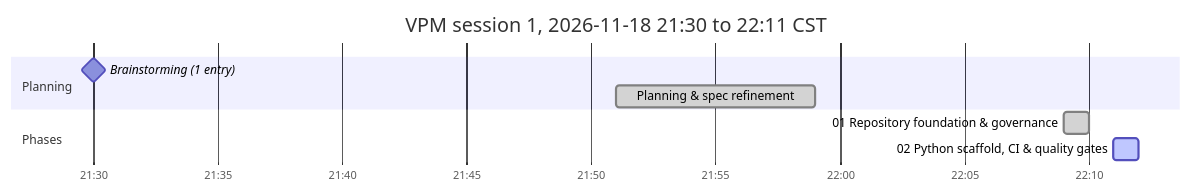
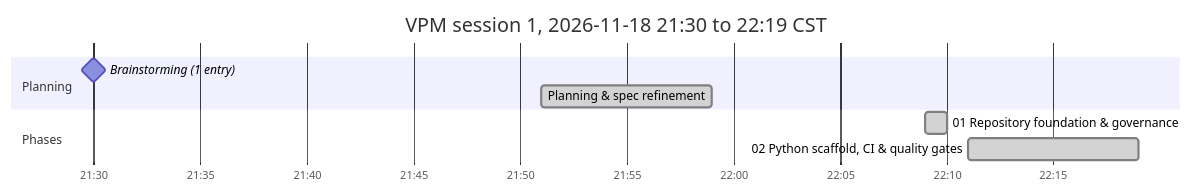
One commit to antonizick/VPNMonitor changed the diagram in VPM_IMPLEMENTATION_PLAN.md. Above: the diagram before and after it, drawn with Mermaid. The commit also changed other lines of this file and 1 other file, not shown here.

Commit message:
docs(plan): refresh timeline

````diff
--- a/VPM_IMPLEMENTATION_PLAN.md
+++ b/VPM_IMPLEMENTATION_PLAN.md
@@ -52,12 +52,12 @@
 ```mermaid
 gantt
-    title VPM session 1, 2026-11-18 21:30 to 22:11 CST
+    title VPM session 1, 2026-11-18 21:30 to 22:19 CST
     dateFormat YYYY-MM-DD HH:mm
     axisFormat %H:%M
     section Planning
     Brainstorming (1 entry) :milestone, bs1, 2026-11-18 21:30, 0m
     Planning & spec refinement :done, p00, 2026-11-18 21:51, 2026-11-18 21:59
     section Phases
     01 Repository foundation & governance :done, p01s1, 2026-11-18 22:09, 2026-11-18 22:10
-    02 Python scaffold, CI & quality gates :active, p02s1, 2026-11-18 22:11, 2026-11-18 22:12
+    02 Python scaffold, CI & quality gates :done, p02s1, 2026-11-18 22:11, 2026-11-18 22:19
 ```
````
